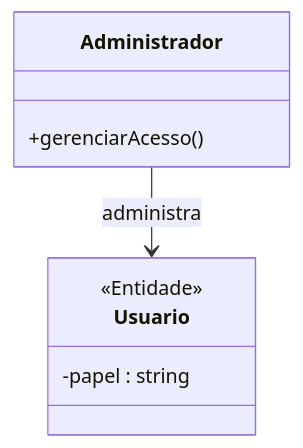
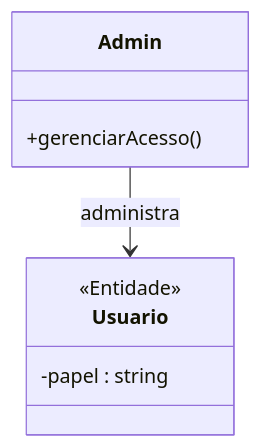
One commit to MayconDIS/PIM_III-Documentacao_UML changed the first of 2 diagrams in 02_Modelagem_UML_Astah/UC04_Gerenciar_Perfis_Acessos/README.md. Above: the diagram before and after it, drawn with Mermaid. The commit also changed other lines of this file and 234 other files, not shown here.

````diff
--- a/02_Modelagem_UML_Astah/UC04_Gerenciar_Perfis_Acessos/README.md
+++ b/02_Modelagem_UML_Astah/UC04_Gerenciar_Perfis_Acessos/README.md
@@ -45,11 +34,11 @@
 ```mermaid
 classDiagram
-    class Administrador {
+    class Admin {
         +gerenciarAcesso()
     }
     class Usuario {
         <<Entidade>>
         -papel : string
     }
-    Administrador --> Usuario : administra
+    Admin --> Usuario : administra
 ```
````
